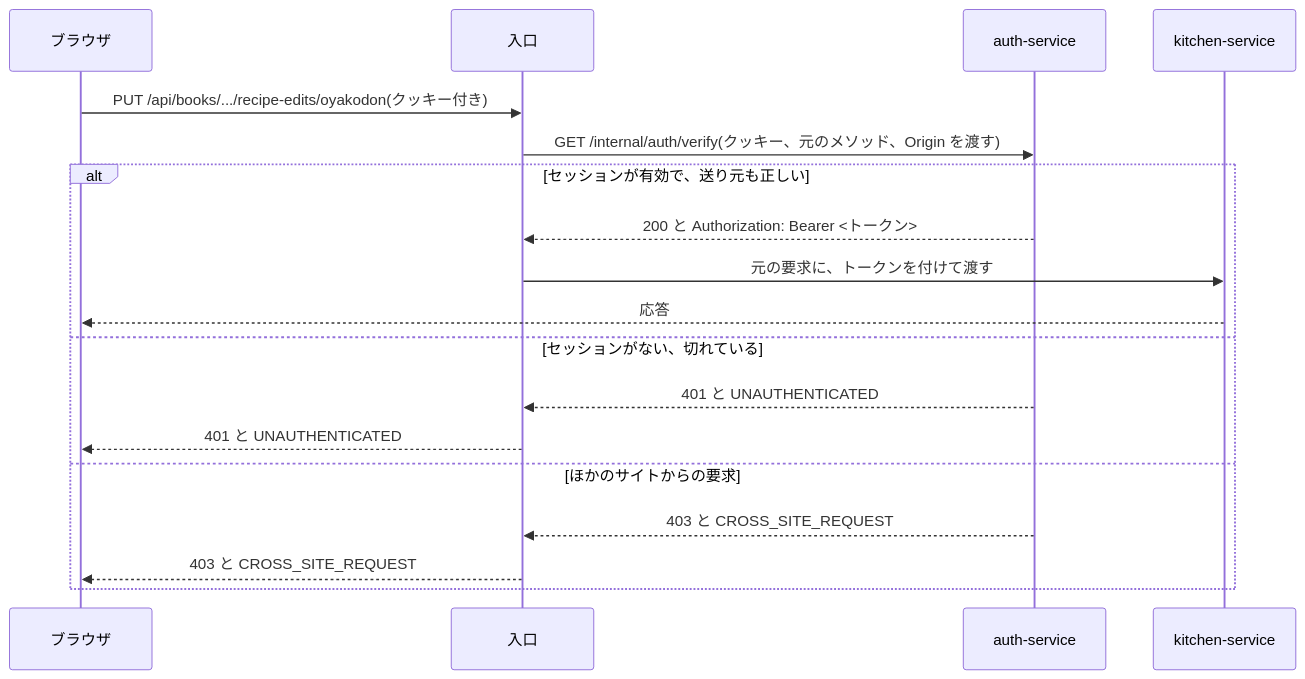
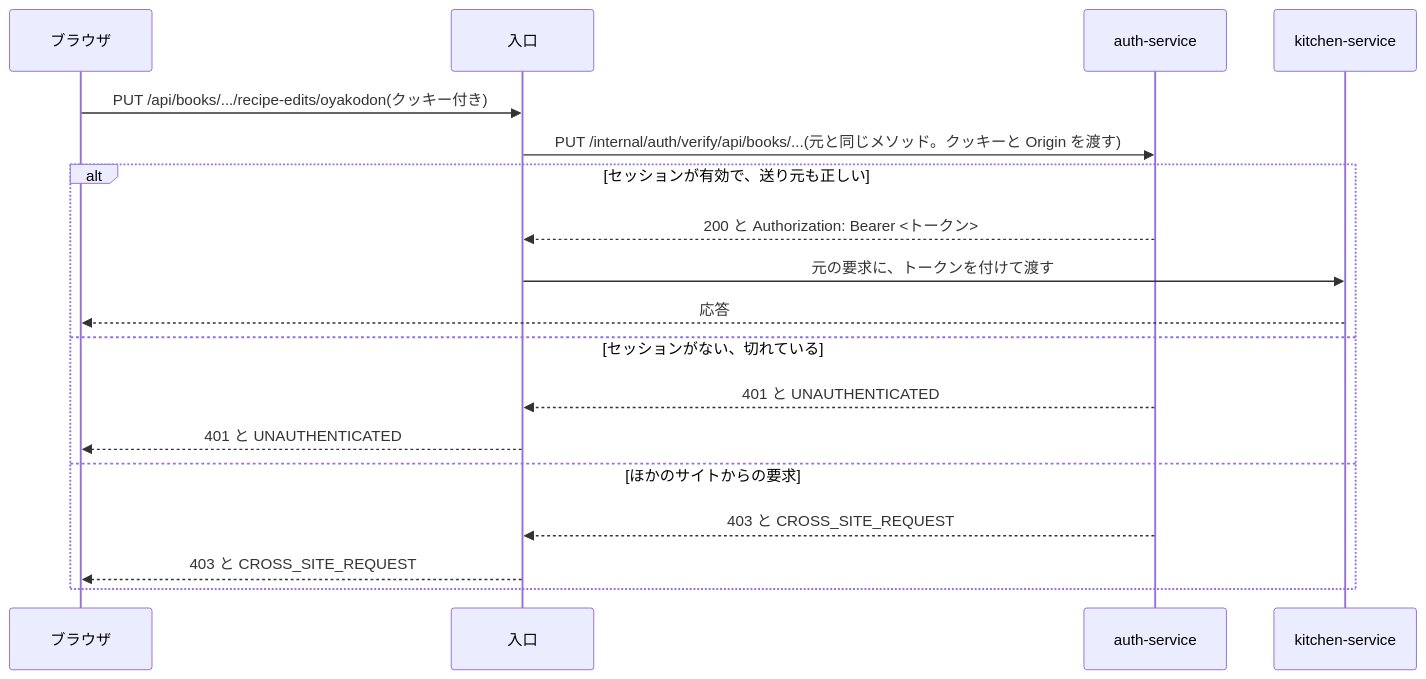
The diagram in docs/design/common-auth.md (Kaito-Nishihara/cooks), drawn with Mermaid before and after one commit. The commit also changed other lines of this file and 11 other files, not shown here.

````diff
--- a/docs/design/common-auth.md
+++ b/docs/design/common-auth.md
@@ -168,20 +174,20 @@
 ```mermaid
 sequenceDiagram
     participant B as ブラウザ
     participant G as 入口
     participant A as auth-service
     participant K as kitchen-service
     B->>G: PUT /api/books/.../recipe-edits/oyakodon(クッキー付き)
-    G->>A: GET /internal/auth/verify(クッキー、元のメソッド、Origin を渡す)
+    G->>A: PUT /internal/auth/verify/api/books/...(元と同じメソッド。クッキーと Origin を渡す)
     alt セッションが有効で、送り元も正しい
         A-->>G: 200 と Authorization: Bearer <トークン>
         G->>K: 元の要求に、トークンを付けて渡す
         K-->>B: 応答
     else セッションがない、切れている
         A-->>G: 401 と UNAUTHENTICATED
         G-->>B: 401 と UNAUTHENTICATED
     else ほかのサイトからの要求
         A-->>G: 403 と CROSS_SITE_REQUEST
         G-->>B: 403 と CROSS_SITE_REQUEST
     end
 ```
````
